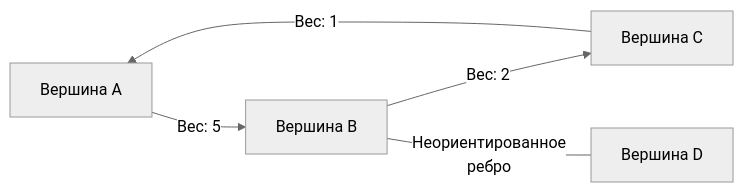
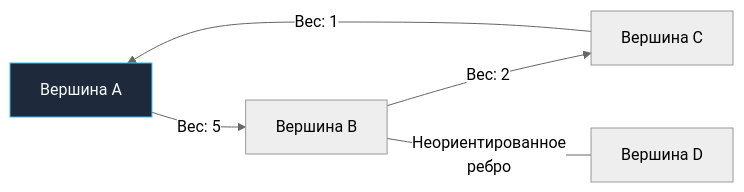
One commit to UnrealTemplier/go-textbook changed the first of 2 diagrams in sources/21. Задачи с LeetCode и собеседований на Go/02. Задачи/14. Графы/1. Теория. Графы.md. Above: the diagram before and after it, drawn with Mermaid (neutral theme). The commit also changed other lines of this file and 1666 other files, not shown here.

First line of the commit message:
feat(mermaid): add semantic color classDef to 1369 colorless flowchart/graph diagrams

````diff
--- a/sources/21. Задачи с LeetCode и собеседований на Go/02. Задачи/14. Графы/1. Теория. Графы.md
+++ b/sources/21. Задачи с LeetCode и собеседований на Go/02. Задачи/14. Графы/1. Теория. Графы.md
@@ -31,7 +31,17 @@
 ```mermaid
 graph LR
-    A["Вершина A"] -->|"Вес: 5"| B["Вершина B"]
+    classDef process  fill:#1e293b,stroke:#38bdf8,stroke-width:1px,color:#f8fafc
+    classDef success  fill:#064e3b,stroke:#34d399,stroke-width:1px,color:#f8fafc
+    classDef error    fill:#7f1d1d,stroke:#f87171,stroke-width:1px,color:#f8fafc
+    classDef warning  fill:#78350f,stroke:#fbbf24,stroke-width:1px,color:#f8fafc
+    classDef entry    fill:#1e3a5f,stroke:#38bdf8,stroke-width:2px,color:#f8fafc
+    classDef aux      fill:#334155,stroke:#64748b,stroke-width:1px,color:#f8fafc
+    classDef system   fill:#312e81,stroke:#a78bfa,stroke-width:1px,color:#f8fafc
+    classDef data     fill:#132d29,stroke:#2dd4bf,stroke-width:1px,color:#f8fafc
+    classDef network  fill:#881337,stroke:#fb7185,stroke-width:1px,color:#f8fafc
+    classDef accent   fill:#1e1b4b,stroke:#818cf8,stroke-width:1px,color:#f8fafc
+    A["Вершина A"]:::process -->|"Вес: 5"| B["Вершина B"]
     B -->|"Вес: 2"| C["Вершина C"]
     C -->|"Вес: 1"| A
     B ---|"Неориентированное<br>ребро"| D["Вершина D"]
 ```
````
